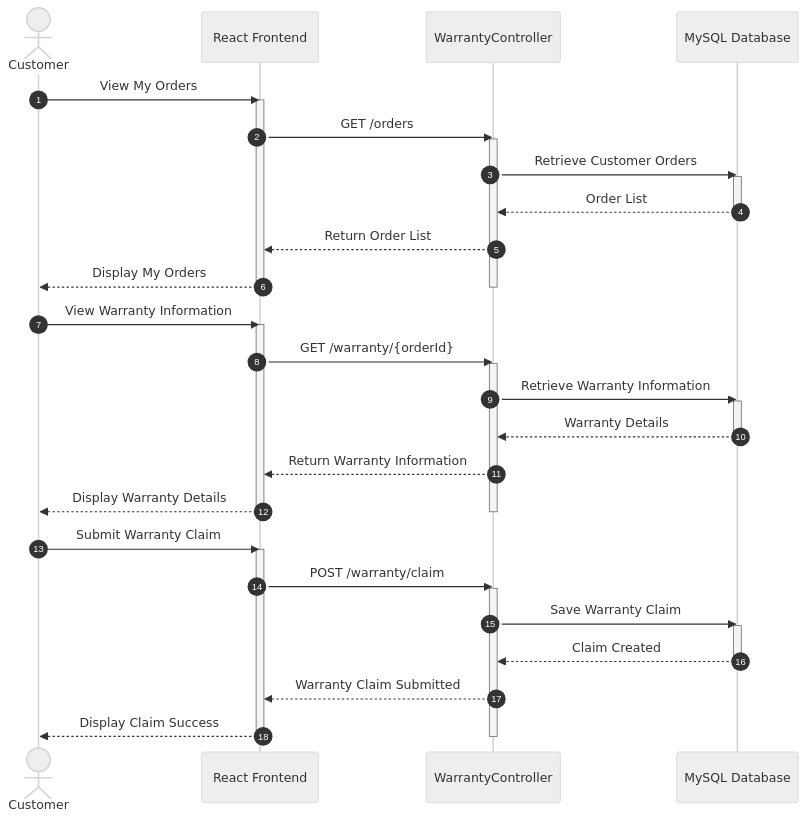
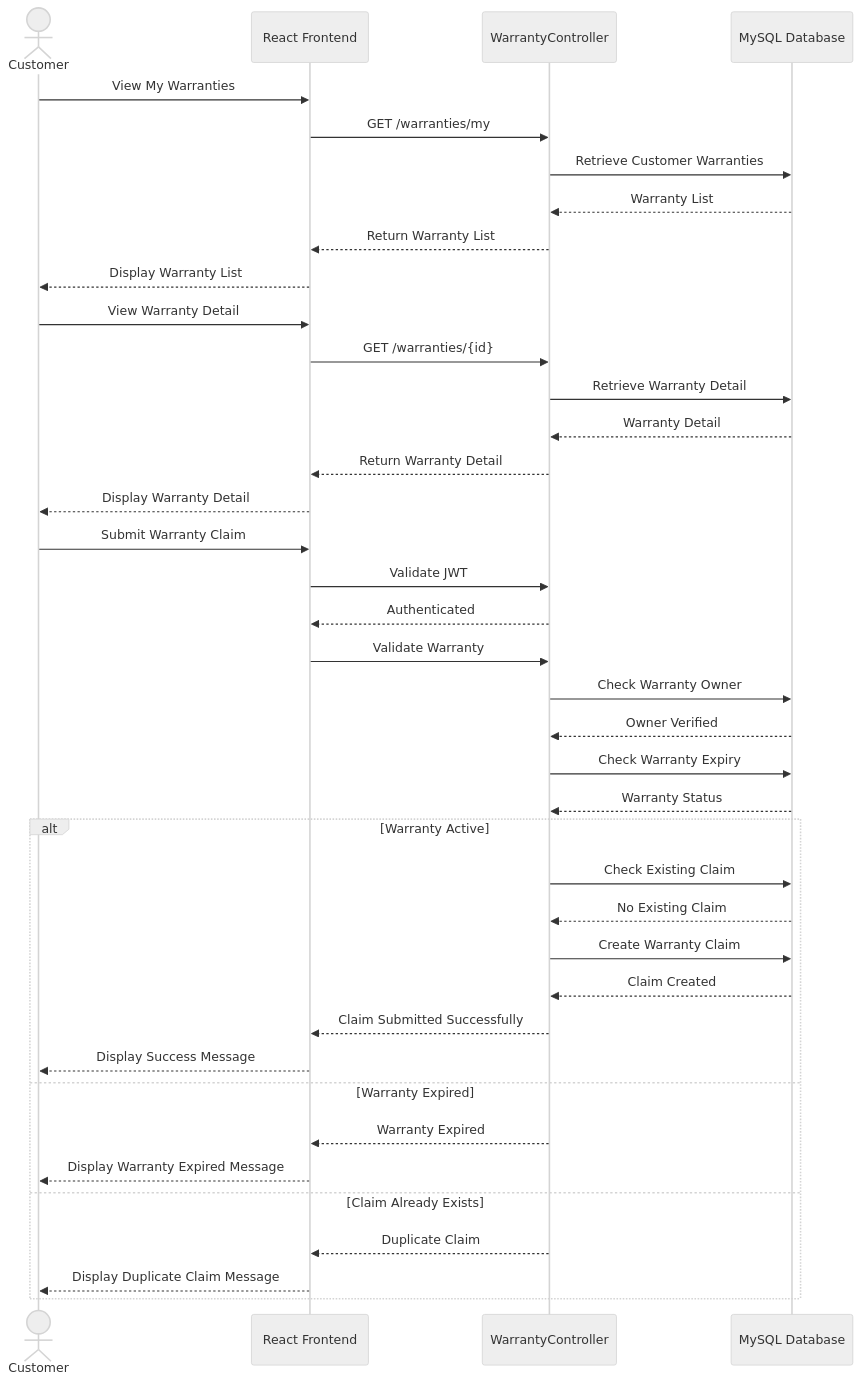
Before and after one commit to rachapoomthu-max/WorkShop: the second of 5 diagrams in diagram/Sequence Diagram.md, drawn with Mermaid (neutral theme). The commit also changed other lines of this file and 7 other files, not shown here.

````diff
--- a/diagram/Sequence Diagram.md
+++ b/diagram/Sequence Diagram.md
@@ -222,95 +127,76 @@
 ```mermaid
 sequenceDiagram
 
-autonumber
-
 actor Customer
 
-participant Frontend as React Frontend
+participant FE as React Frontend
 participant WarrantyController
 participant DB as MySQL Database
 
-%% ======================================
-%% View Order History
-%% ======================================
+%% =====================================
+%% View Warranty List
+%% =====================================
 
-Customer->>Frontend: View My Orders
+Customer->>FE: View My Warranties
+FE->>WarrantyController: GET /warranties/my
 
-activate Frontend
+WarrantyController->>DB: Retrieve Customer Warranties
+DB-->>WarrantyController: Warranty List
 
-Frontend->>WarrantyController: GET /orders
+WarrantyController-->>FE: Return Warranty List
+FE-->>Customer: Display Warranty List
 
-activate WarrantyController
+%% =====================================
+%% View Warranty Detail
+%% =====================================
 
-WarrantyController->>DB: Retrieve Customer Orders
+Customer->>FE: View Warranty Detail
 
-activate DB
+FE->>WarrantyController: GET /warranties/{id}
 
-DB-->>WarrantyController: Order List
+WarrantyController->>DB: Retrieve Warranty Detail
+DB-->>WarrantyController: Warranty Detail
 
-deactivate DB
+WarrantyController-->>FE: Return Warranty Detail
+FE-->>Customer: Display Warranty Detail
 
-WarrantyController-->>Frontend: Return Order List
+%% =====================================
+%% Submit Warranty Claim
+%% =====================================
 
-Frontend-->>Customer: Display My Orders
+Customer->>FE: Submit Warranty Claim
 
-deactivate WarrantyController
+FE->>WarrantyController: Validate JWT
+WarrantyController-->>FE: Authenticated
 
-deactivate Frontend
+FE->>WarrantyController: Validate Warranty
 
-%% ======================================
-%% View Warranty
-%% ======================================
+WarrantyController->>DB: Check Warranty Owner
+DB-->>WarrantyController: Owner Verified
 
-Customer->>Frontend: View Warranty Information
+WarrantyController->>DB: Check Warranty Expiry
+DB-->>WarrantyController: Warranty Status
 
-activate Frontend
+alt Warranty Active
 
-Frontend->>WarrantyController: GET /warranty/{orderId}
+    WarrantyController->>DB: Check Existing Claim
+    DB-->>WarrantyController: No Existing Claim
 
-activate WarrantyController
+    WarrantyController->>DB: Create Warranty Claim
+    DB-->>WarrantyController: Claim Created
 
-WarrantyController->>DB: Retrieve Warranty Information
+    WarrantyController-->>FE: Claim Submitted Successfully
+    FE-->>Customer: Display Success Message
 
-activate DB
+else Warranty Expired
 
-DB-->>WarrantyController: Warranty Details
+    WarrantyController-->>FE: Warranty Expired
+    FE-->>Customer: Display Warranty Expired Message
 
-deactivate DB
+else Claim Already Exists
 
-WarrantyController-->>Frontend: Return Warranty Information
+    WarrantyController-->>FE: Duplicate Claim
+    FE-->>Customer: Display Duplicate Claim Message
 
-Frontend-->>Customer: Display Warranty Details
-
-deactivate WarrantyController
-
-deactivate Frontend
-
-%% ======================================
-%% Submit Warranty Claim
-%% ======================================
-
-Customer->>Frontend: Submit Warranty Claim
-
-activate Frontend
-
-Frontend->>WarrantyController: POST /warranty/claim
-
-activate WarrantyController
-
-WarrantyController->>DB: Save Warranty Claim
-
-activate DB
-
-DB-->>WarrantyController: Claim Created
-
-deactivate DB
-
-WarrantyController-->>Frontend: Warranty Claim Submitted
-
-Frontend-->>Customer: Display Claim Success
-
-deactivate WarrantyController
-
-deactivate Frontend
+end
 ```
````
